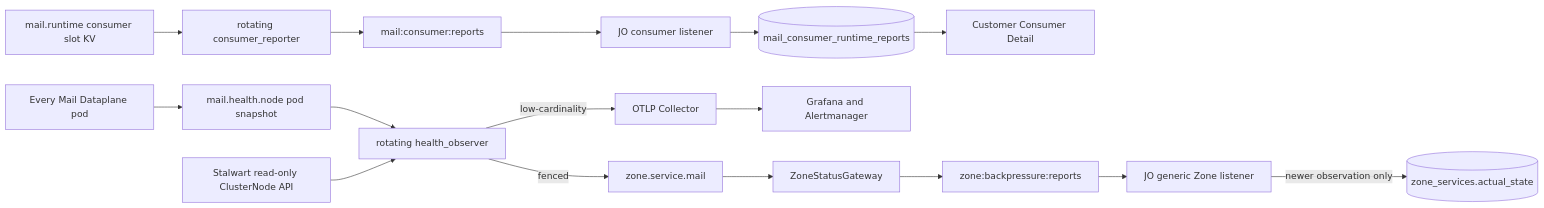
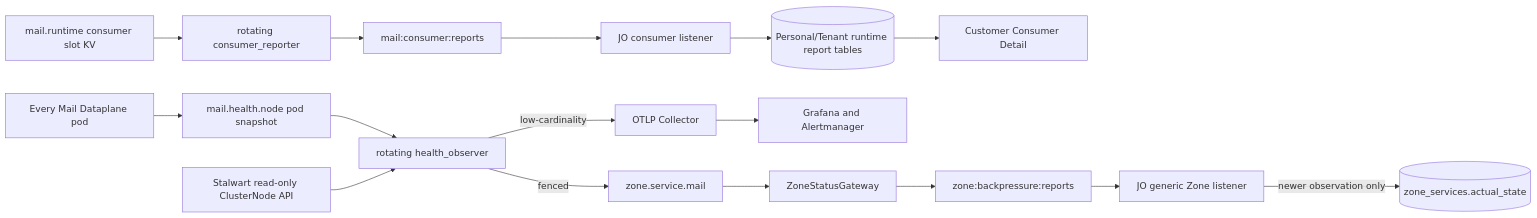
One commit to phucle996/aurora changed the diagram in god_view/mail/mail_infrastructure_reporting_god_view.md. Above: the diagram before and after it, drawn with Mermaid. The commit also changed other lines of this file and 31 other files, not shown here.

Commit message:
refactor: decouple mail consumers into distinct personal and tenant aggregates and schemas

````diff
--- a/god_view/mail/mail_infrastructure_reporting_god_view.md
+++ b/god_view/mail/mail_infrastructure_reporting_god_view.md
@@ -20,19 +20,19 @@
 ```mermaid
 flowchart LR
     SLOT[mail.runtime consumer slot KV] --> CR[rotating consumer_reporter]
     CR --> CRS[mail:consumer:reports]
     CRS --> CJ[JO consumer listener]
-    CJ --> CRT[(mail_consumer_runtime_reports)]
+    CJ --> CRT[(Personal/Tenant runtime report tables)]
     CRT --> DETAIL[Customer Consumer Detail]
 
     POD[Every Mail Dataplane pod] --> LOCAL[mail.health.node pod snapshot]
     LOCAL --> HO[rotating health_observer]
     ST[Stalwart read-only ClusterNode API] --> HO
     HO -->|fenced| ZKV[zone.service.mail]
     HO -->|low-cardinality| OTEL[OTLP Collector]
     OTEL --> GRAFANA[Grafana and Alertmanager]
     ZKV --> ZG[ZoneStatusGateway]
     ZG --> ZRS[zone:backpressure:reports]
     ZRS --> ZJO[JO generic Zone listener]
     ZJO -->|newer observation only| ACT[(zone_services.actual_state)]
 ```
````
